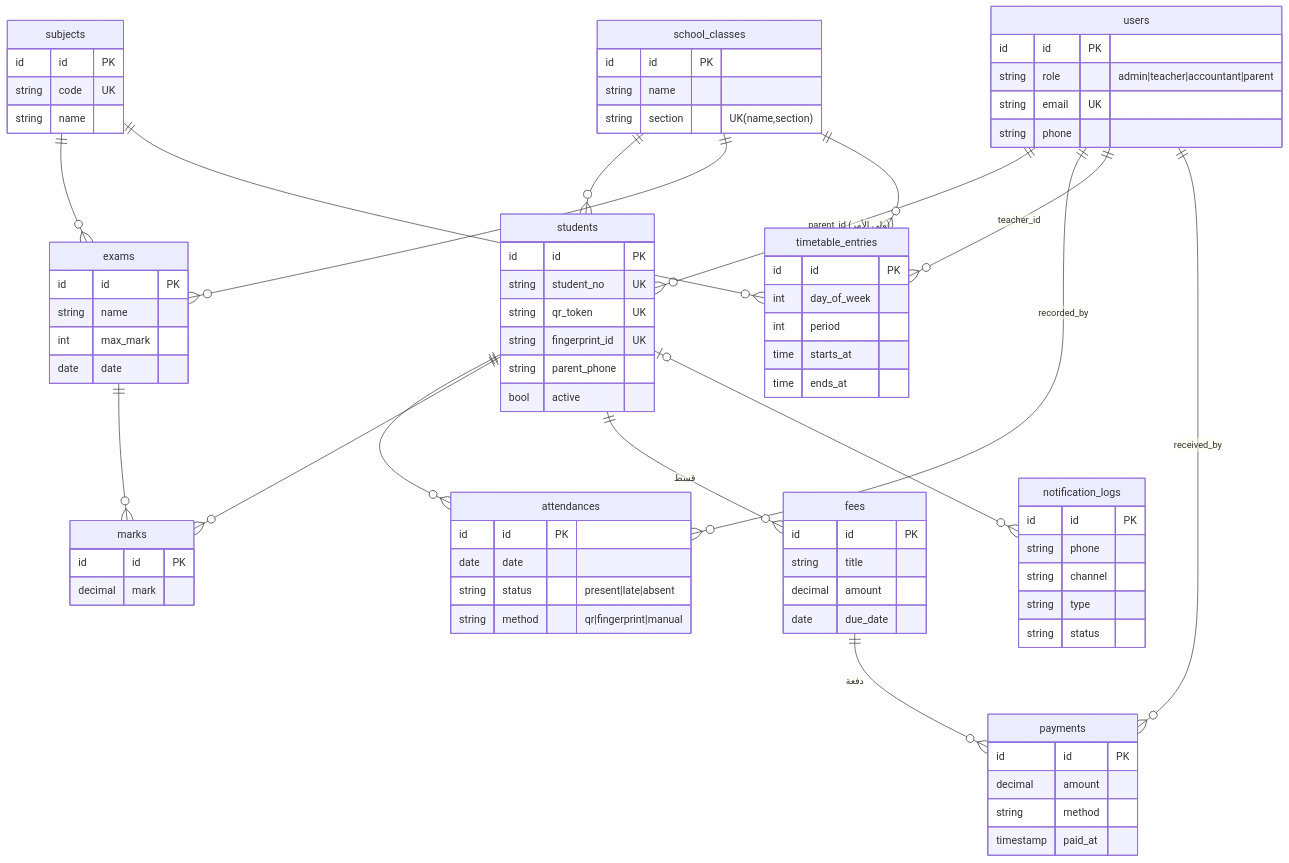
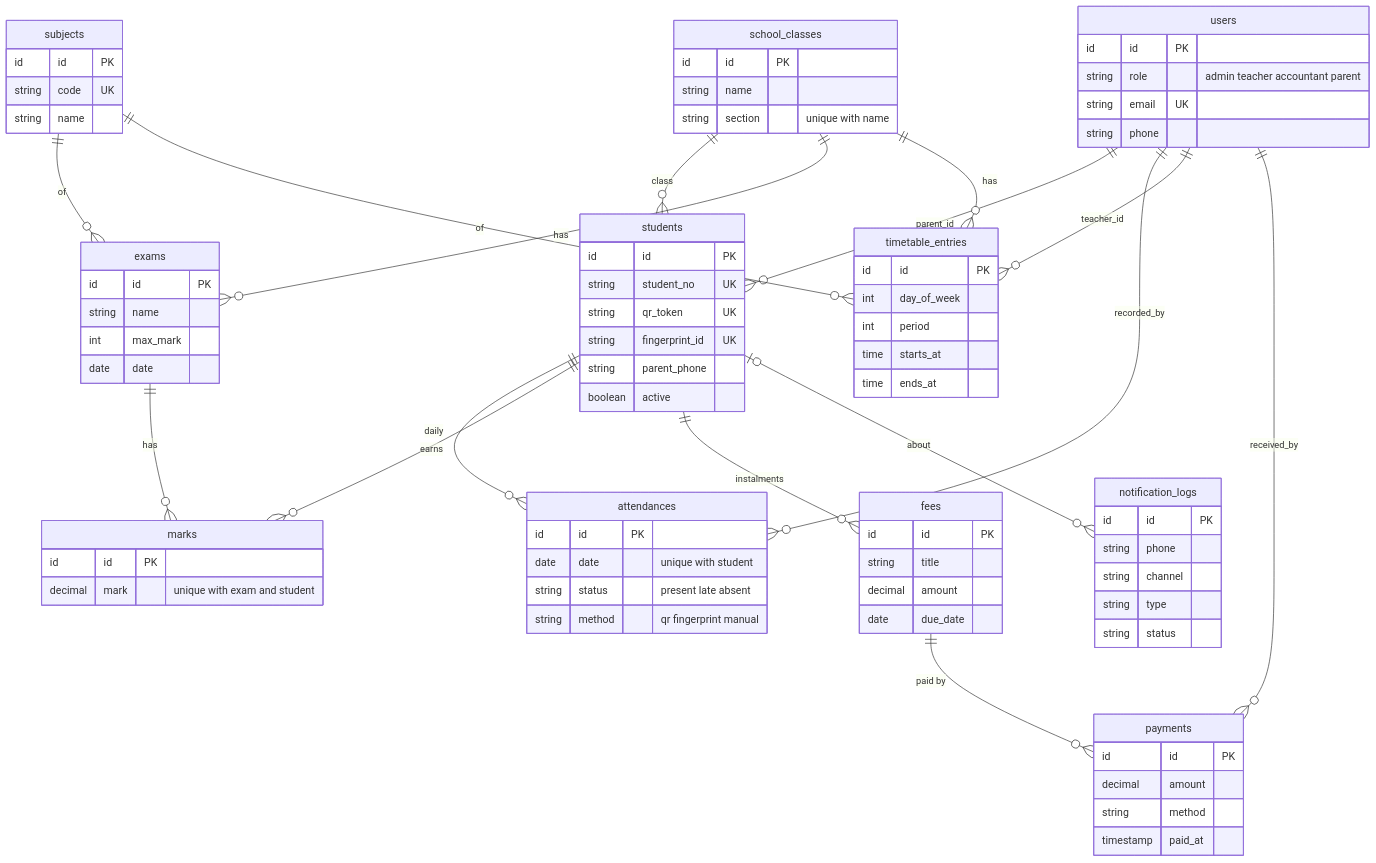
Before and after one commit to AlaaBashirSaijary/Education-ERP-System: the diagram in docs/DATABASE.md, drawn with Mermaid.

Commit message:
Fix ERD in docs: multi-line entities validated with the Mermaid parser
Claude-Session: https://claude.ai/code/session_01T3KoB6su21Kf7UULw4T6Uu

````diff
--- a/docs/DATABASE.md
+++ b/docs/DATABASE.md
@@ -6,30 +6,85 @@
 ```mermaid
 erDiagram
-    users ||--o{ students : "parent_id (ولي الأمر)"
-    school_classes ||--o{ students : ""
-    students ||--o{ attendances : ""
+    users ||--o{ students : "parent_id"
+    school_classes ||--o{ students : "class"
+    students ||--o{ attendances : "daily"
     users ||--o{ attendances : "recorded_by"
-    school_classes ||--o{ exams : ""
-    subjects ||--o{ exams : ""
-    exams ||--o{ marks : ""
-    students ||--o{ marks : ""
-    school_classes ||--o{ timetable_entries : ""
-    subjects ||--o{ timetable_entries : ""
+    school_classes ||--o{ exams : "has"
+    subjects ||--o{ exams : "of"
+    exams ||--o{ marks : "has"
+    students ||--o{ marks : "earns"
+    school_classes ||--o{ timetable_entries : "has"
+    subjects ||--o{ timetable_entries : "of"
     users ||--o{ timetable_entries : "teacher_id"
-    students ||--o{ fees : "قسط"
-    fees ||--o{ payments : "دفعة"
+    students ||--o{ fees : "instalments"
+    fees ||--o{ payments : "paid by"
     users ||--o{ payments : "received_by"
-    students |o--o{ notification_logs : ""
+    students |o--o{ notification_logs : "about"
 
-    users { id id PK  string role "admin|teacher|accountant|parent"  string email UK  string phone }
-    school_classes { id id PK  string name  string section "UK(name,section)" }
-    subjects { id id PK  string code UK  string name }
-    students { id id PK  string student_no UK  string qr_token UK  string fingerprint_id UK  string parent_phone  bool active }
-    attendances { id id PK  date date  string status "present|late|absent"  string method "qr|fingerprint|manual" }
-    exams { id id PK  string name  int max_mark  date date }
-    marks { id id PK  decimal mark }
-    timetable_entries { id id PK  int day_of_week  int period  time starts_at  time ends_at }
-    fees { id id PK  string title  decimal amount  date due_date }
-    payments { id id PK  decimal amount  string method  timestamp paid_at }
-    notification_logs { id id PK  string phone  string channel  string type  string status }
+    users {
+        id id PK
+        string role "admin teacher accountant parent"
+        string email UK
+        string phone
+    }
+    school_classes {
+        id id PK
+        string name
+        string section "unique with name"
+    }
+    subjects {
+        id id PK
+        string code UK
+        string name
+    }
+    students {
+        id id PK
+        string student_no UK
+        string qr_token UK
+        string fingerprint_id UK
+        string parent_phone
+        boolean active
+    }
+    attendances {
+        id id PK
+        date date "unique with student"
+        string status "present late absent"
+        string method "qr fingerprint manual"
+    }
+    exams {
+        id id PK
+        string name
+        int max_mark
+        date date
+    }
+    marks {
+        id id PK
+        decimal mark "unique with exam and student"
+    }
+    timetable_entries {
+        id id PK
+        int day_of_week
+        int period
+        time starts_at
+        time ends_at
+    }
+    fees {
+        id id PK
+        string title
+        decimal amount
+        date due_date
+    }
+    payments {
+        id id PK
+        decimal amount
+        string method
+        timestamp paid_at
+    }
+    notification_logs {
+        id id PK
+        string phone
+        string channel
+        string type
+        string status
+    }
 ```
````
